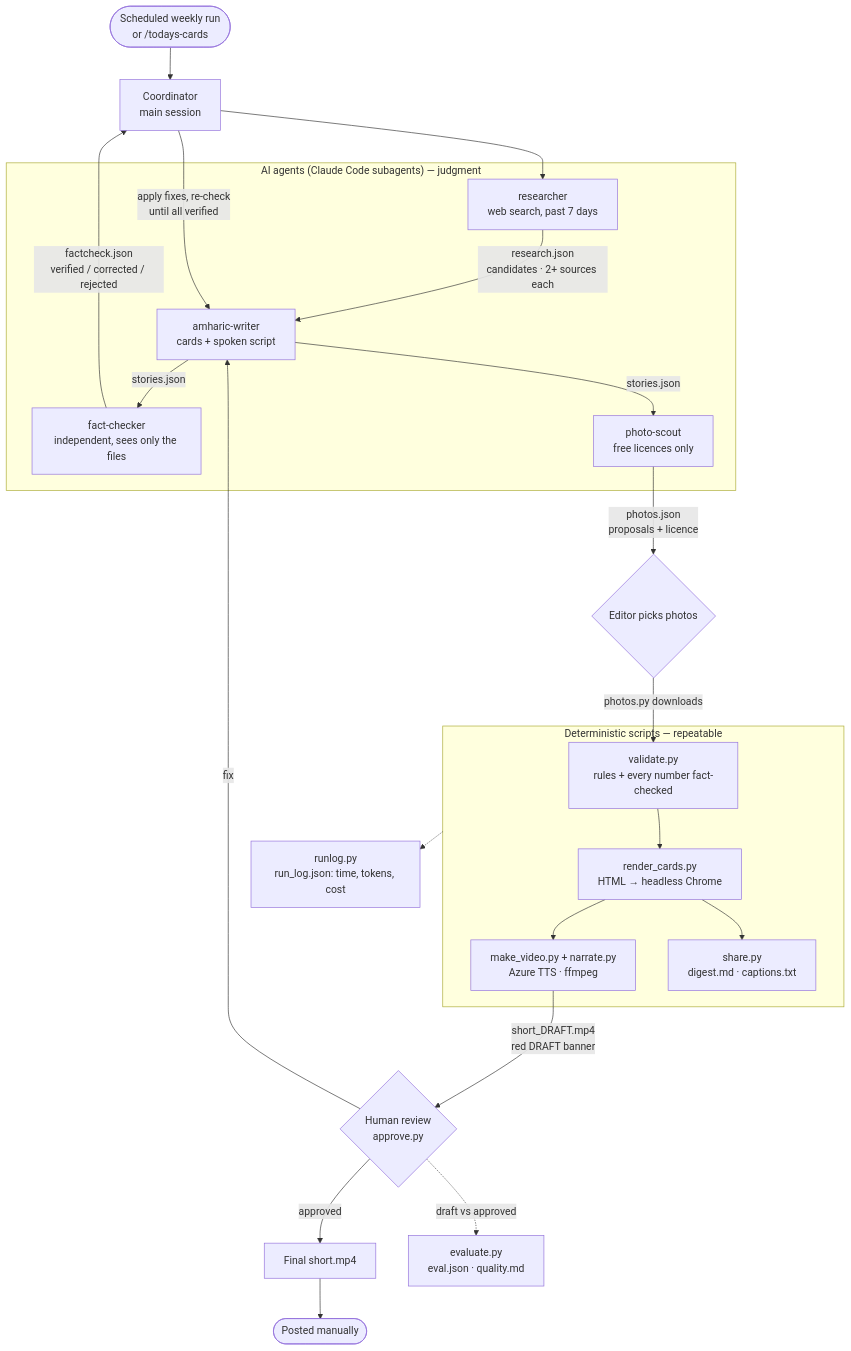
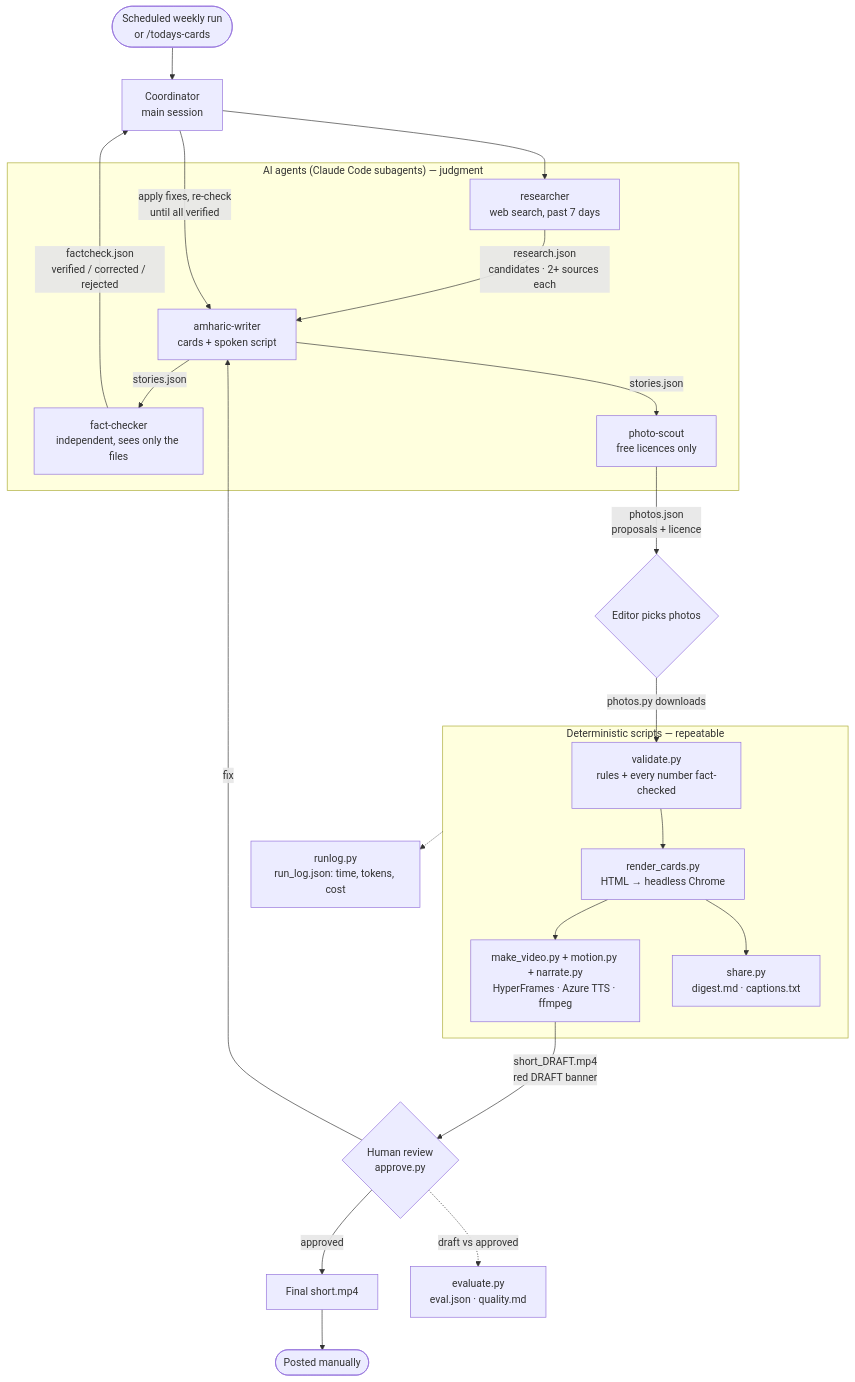
Before and after one commit to Tseg204/alem-zare-amharic-news: the diagram in README.md, drawn with Mermaid. The commit also changed other lines of this file and 9 other files, not shown here.

First line of the commit message:
Add animated "portal" video with HyperFrames (Phase 12)

````diff
--- a/README.md
+++ b/README.md
@@ -23,35 +23,35 @@
 ```mermaid
 flowchart TB
     T([Scheduled weekly run<br/>or /todays-cards]) --> O
 
     subgraph Agents["AI agents (Claude Code subagents) — judgment"]
         R[researcher<br/>web search, past 7 days]
         W[amharic-writer<br/>cards + spoken script]
         F[fact-checker<br/>independent, sees only the files]
         P[photo-scout<br/>free licences only]
     end
 
     O[Coordinator<br/>main session] --> R
     R -->|research.json<br/>candidates · 2+ sources each| W
     W -->|stories.json| F
     W -->|stories.json| P
     F -->|factcheck.json<br/>verified / corrected / rejected| O
     O -->|apply fixes, re-check<br/>until all verified| W
     P -->|photos.json<br/>proposals + licence| G1{Editor picks photos}
 
     subgraph Scripts["Deterministic scripts — repeatable"]
         V[validate.py<br/>rules + every number fact-checked]
         RC[render_cards.py<br/>HTML → headless Chrome]
-        MV[make_video.py + narrate.py<br/>Azure TTS · ffmpeg]
+        MV[make_video.py + motion.py + narrate.py<br/>HyperFrames · Azure TTS · ffmpeg]
         SH[share.py<br/>digest.md · captions.txt]
     end
 
     G1 -->|photos.py downloads| V --> RC --> MV
     RC --> SH
     MV -->|short_DRAFT.mp4<br/>red DRAFT banner| G2{Human review<br/>approve.py}
     G2 -->|fix| W
     G2 -->|approved| FV[Final short.mp4] --> PM([Posted manually])
 
     G2 -.->|draft vs approved| EV[evaluate.py<br/>eval.json · quality.md]
     Scripts -.-> RL[runlog.py<br/>run_log.json: time, tokens, cost]
 ```
````
